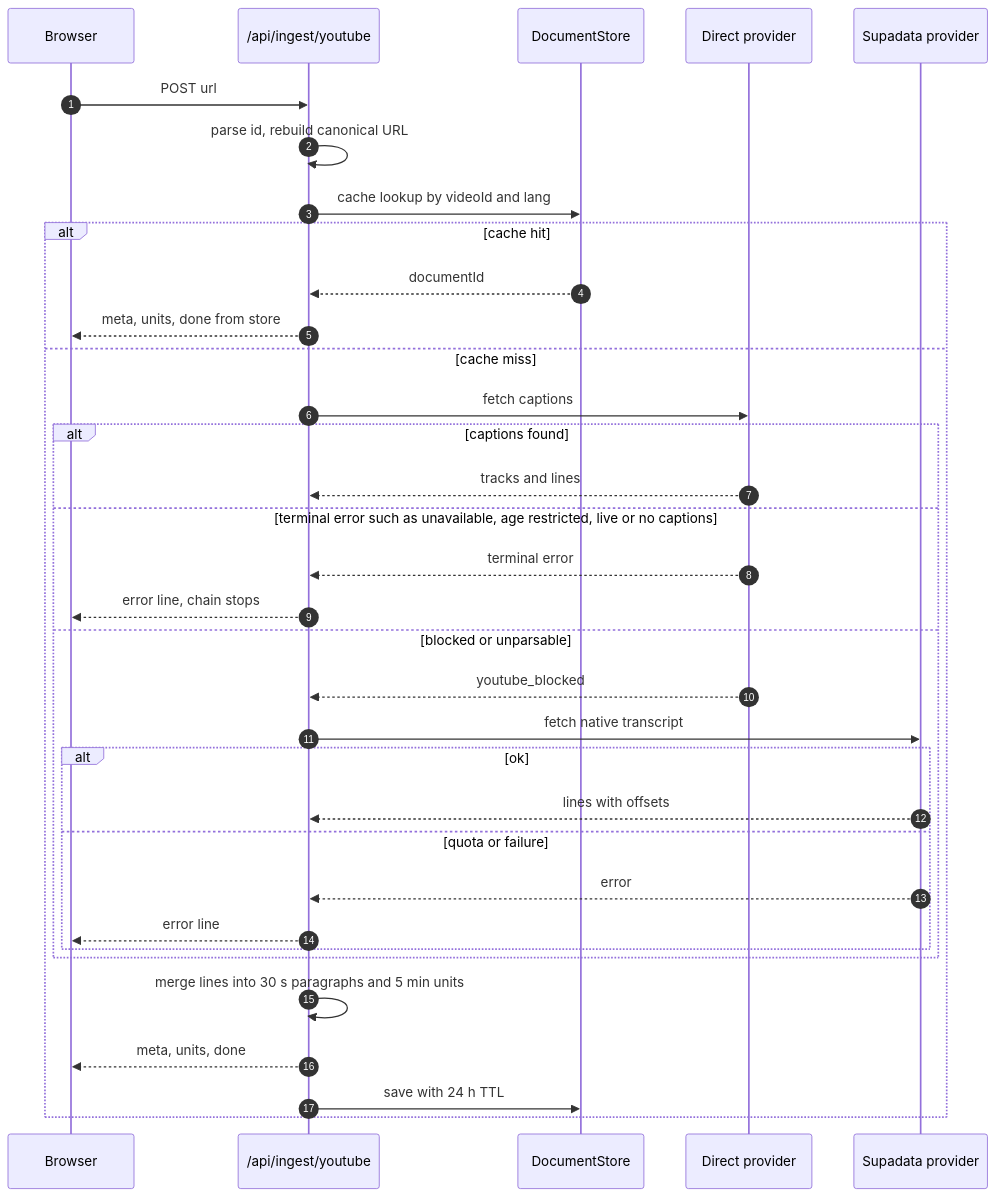
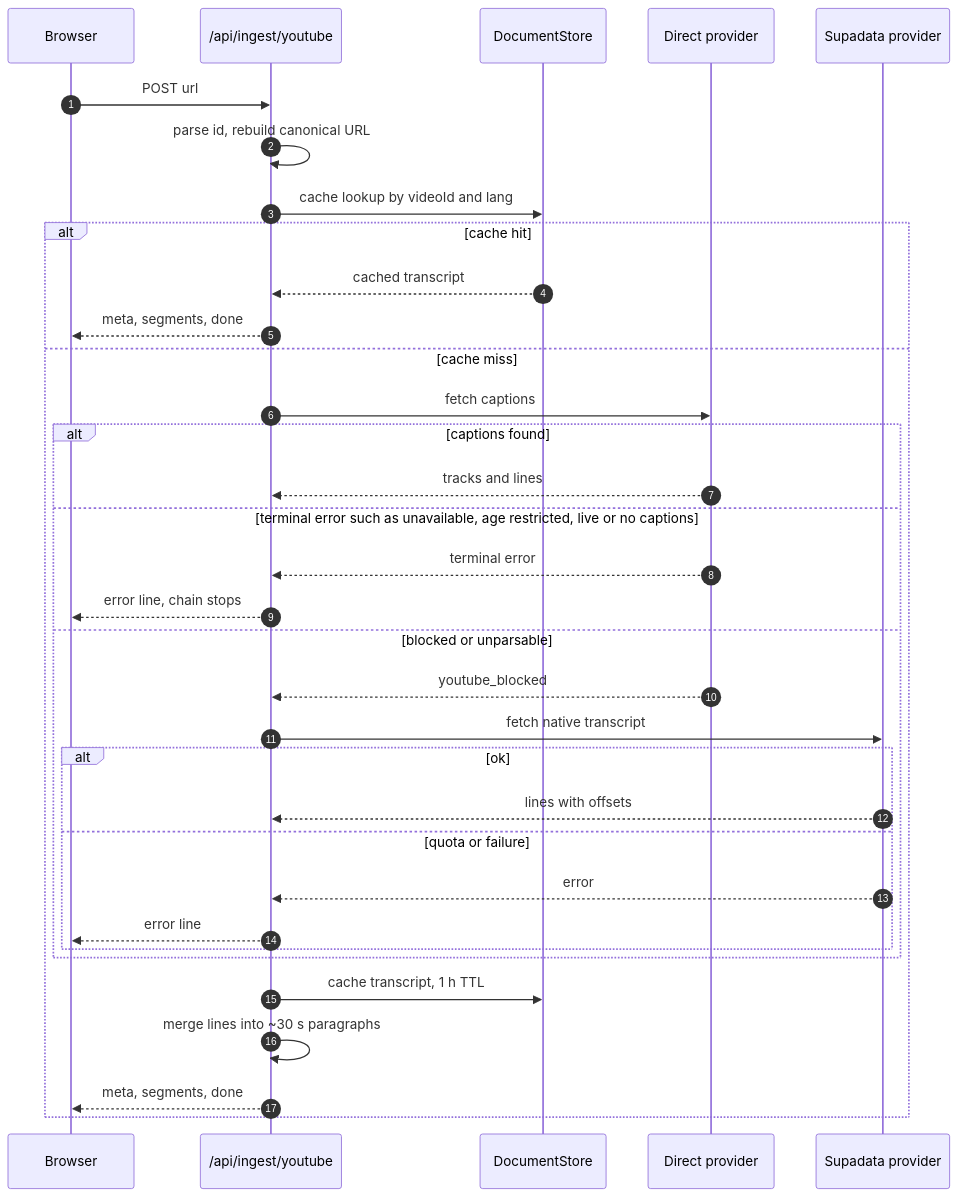
One commit to Otm02/talk-to-doc changed the second of 5 diagrams in docs/ARCHITECTURE.md. Above: the diagram before and after it, drawn with Mermaid. The commit also changed other lines of this file and 52 other files, not shown here.

````diff
--- a/docs/ARCHITECTURE.md
+++ b/docs/ARCHITECTURE.md
@@ -176,36 +188,36 @@
 ```mermaid
 sequenceDiagram
     autonumber
     participant B as Browser
     participant YT as /api/ingest/youtube
     participant DS as DocumentStore
     participant D as Direct provider
     participant S as Supadata provider
     B->>YT: POST url
     YT->>YT: parse id, rebuild canonical URL
     YT->>DS: cache lookup by videoId and lang
     alt cache hit
-        DS-->>YT: documentId
-        YT-->>B: meta, units, done from store
+        DS-->>YT: cached transcript
+        YT-->>B: meta, segments, done
     else cache miss
         YT->>D: fetch captions
         alt captions found
             D-->>YT: tracks and lines
         else terminal error such as unavailable, age restricted, live or no captions
             D-->>YT: terminal error
             YT-->>B: error line, chain stops
         else blocked or unparsable
             D-->>YT: youtube_blocked
             YT->>S: fetch native transcript
             alt ok
                 S-->>YT: lines with offsets
             else quota or failure
                 S-->>YT: error
                 YT-->>B: error line
             end
         end
-        YT->>YT: merge lines into 30 s paragraphs and 5 min units
-        YT-->>B: meta, units, done
-        YT->>DS: save with 24 h TTL
+        YT->>DS: cache transcript, 1 h TTL
+        YT->>YT: merge lines into ~30 s paragraphs
+        YT-->>B: meta, segments, done
     end
 ```
````
